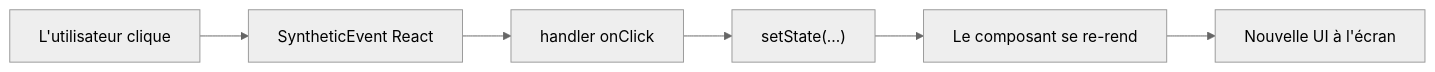
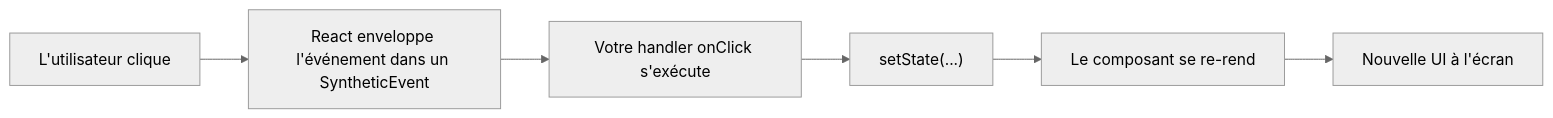
One commit to BabaScience/react-guides changed the seventh of 10 diagrams in arguments/chapters/fr/01-fundamentals.md. Above: the diagram before and after it, drawn with Mermaid (neutral theme). The commit also changed other lines of this file and 46 other files, not shown here.

````diff
--- a/arguments/chapters/fr/01-fundamentals.md
+++ b/arguments/chapters/fr/01-fundamentals.md
@@ -242,8 +778,8 @@
 ```mermaid
 graph LR
-    User[L'utilisateur clique] --> Synth[SyntheticEvent React]
-    Synth --> Handler[handler onClick]
+    User[L'utilisateur clique] --> Synth[React enveloppe l'événement dans un SyntheticEvent]
+    Synth --> Handler[Votre handler onClick s'exécute]
     Handler --> SetState["setState(...)"]
     SetState --> Rerender[Le composant se re-rend]
     Rerender --> UI[Nouvelle UI à l'écran]
 ```
````
